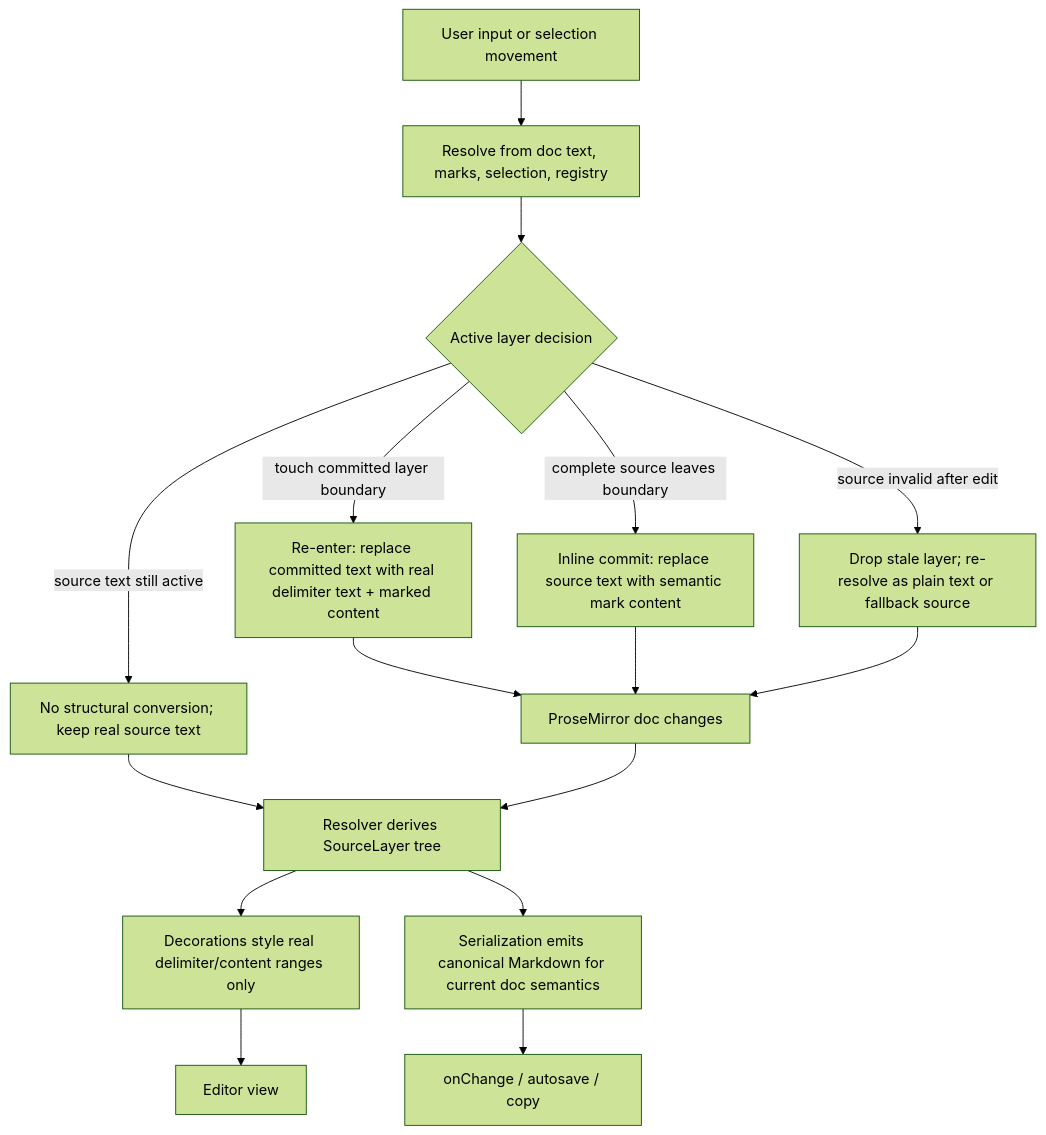
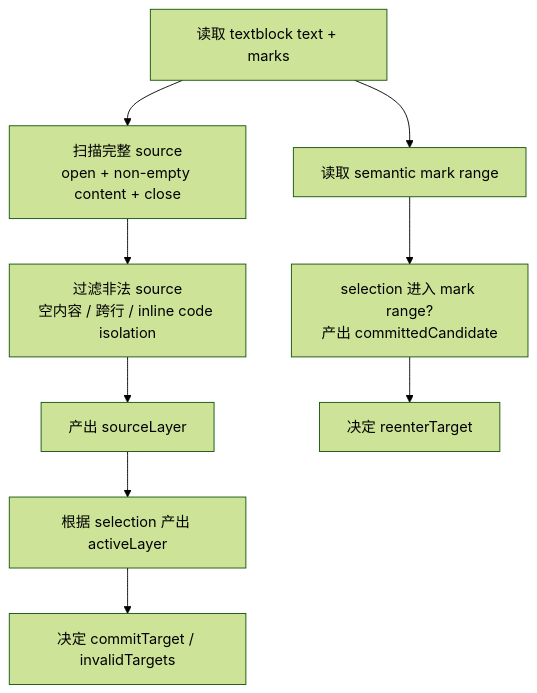
Before and after one commit to fEyebrow/instant-markdown-editor: the fourth of 7 diagrams in docs/adr/0002-live-inline-mark-module.md, drawn with Mermaid (forest theme). The commit also changed other lines of this file and 13 other files, not shown here.

Commit message:
Rewrite live inline mark module

````diff
--- a/docs/adr/0002-live-inline-mark-module.md
+++ b/docs/adr/0002-live-inline-mark-module.md
@@ -23,21 +158,11 @@
 ```mermaid
 flowchart TD
-  A["User input or selection movement"] --> B["Resolve from doc text, marks, selection, registry"]
-  B --> C{"Active layer decision"}
-  C -->|touch committed layer boundary| D["Re-enter: replace committed text with real delimiter text + marked content"]
-  C -->|complete source leaves boundary| E["Inline commit: replace source text with semantic mark content"]
-  C -->|source text still active| F["No structural conversion; keep real source text"]
-  C -->|source invalid after edit| G["Drop stale layer; re-resolve as plain text or fallback source"]
-
-  D --> H["ProseMirror doc changes"]
-  E --> H
-  G --> H
-  F --> I
-
-  H --> I["Resolver derives SourceLayer tree"]
-  I --> J["Decorations style real delimiter/content ranges only"]
-  I --> K["Serialization emits canonical Markdown for current doc semantics"]
-
-  J --> L["Editor view"]
-  K --> M["onChange / autosave / copy"]
+  A["读取 textblock text + marks"] --> B["扫描完整 source\nopen + non-empty content + close"]
+  B --> C["过滤非法 source\n空内容 / 跨行 / inline code isolation"]
+  C --> D["产出 sourceLayer"]
+  A --> E["读取 semantic mark range"]
+  E --> F["selection 进入 mark range?\n产出 committedCandidate"]
+  D --> G["根据 selection 产出 activeLayer"]
+  F --> H["决定 reenterTarget"]
+  G --> I["决定 commitTarget / invalidTargets"]
 ```
````
